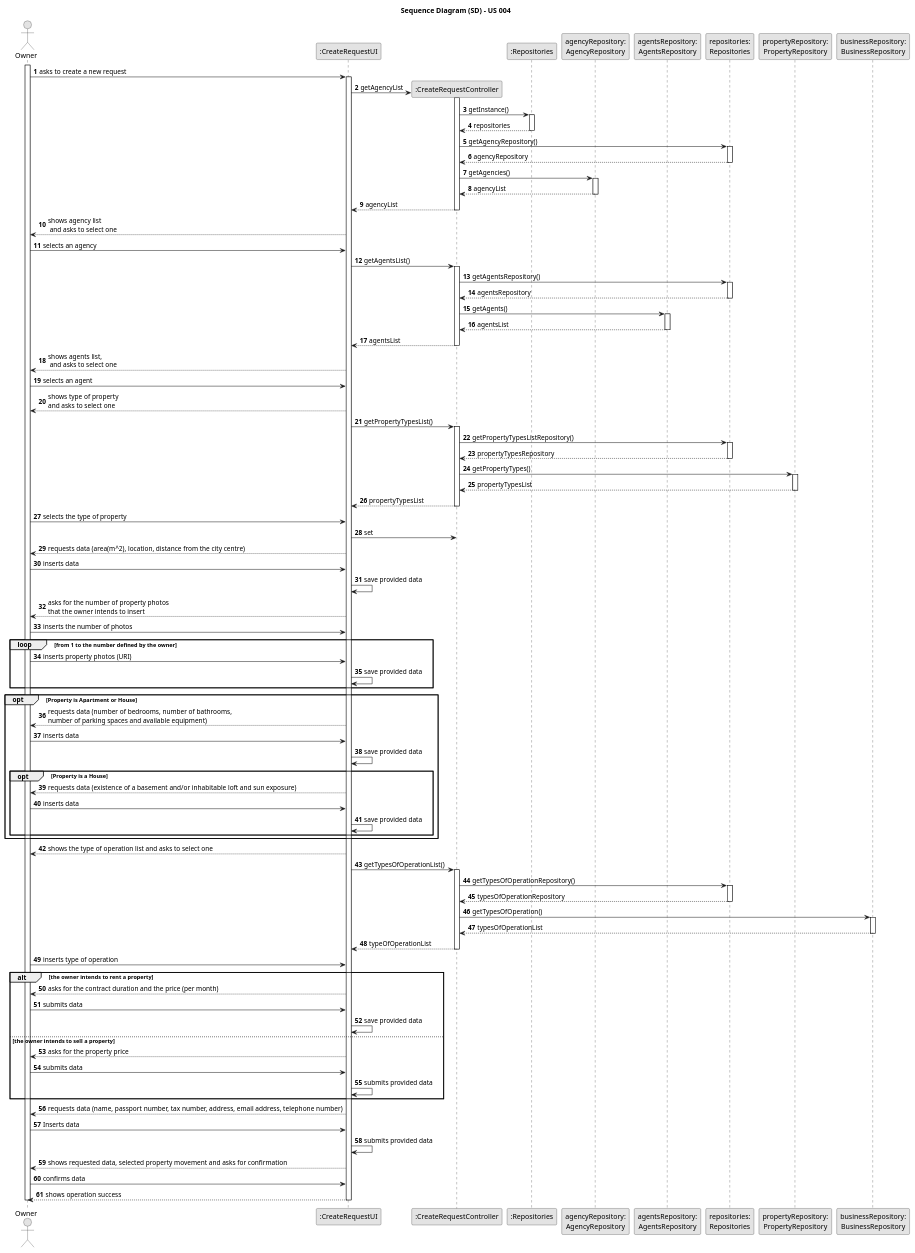
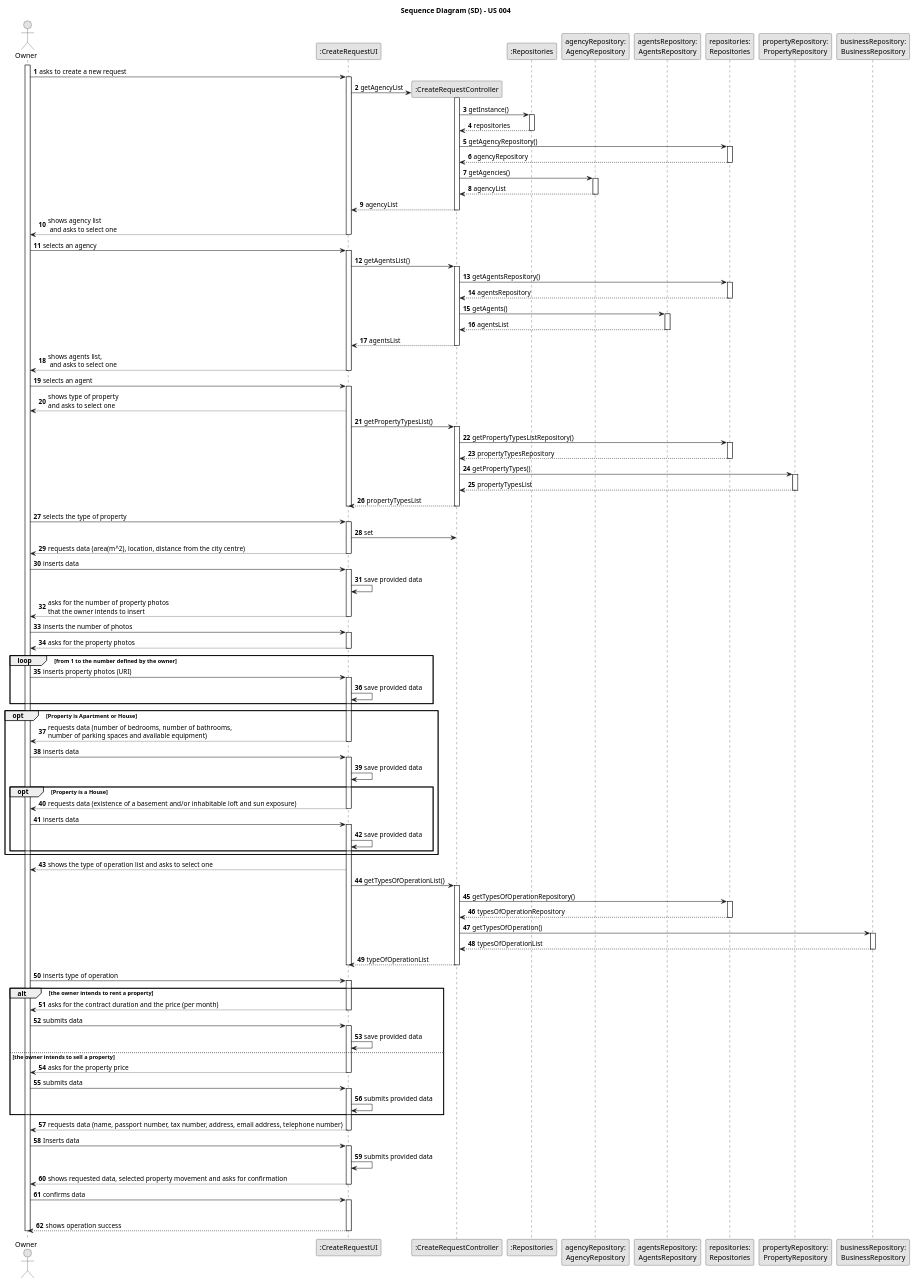
The diagram in docs/sprintB/us004/03.design/puml/us004-sequence-diagram-full.puml (1220812/LAPR2), drawn with PlantUML before and after one commit. The commit also changed 30 other files, not shown here.

Commit message:
Little fixes in the Sequence diagram - US 004

```diff
--- a/docs/sprintB/us004/03.design/puml/us004-sequence-diagram-full.puml
+++ b/docs/sprintB/us004/03.design/puml/us004-sequence-diagram-full.puml
@@ -49,7 +49,11 @@
 
             UI --> Owner : shows agency list\n and asks to select one
 
+            deactivate UI
+
             Owner -> UI : selects an agency
+
+            activate UI
 
             UI -> CTRL : getAgentsList()
             activate CTRL
@@ -68,13 +72,15 @@
             deactivate AgentR
 
             CTRL --> UI : agentsList
-            deactivate
-
             deactivate CTRL
 
             UI --> Owner : shows agents list, \n and asks to select one
 
+            deactivate UI
+
             Owner -> UI : selects an agent
+
+            activate UI
 
             UI --> Owner : shows type of property \nand asks to select one
 
@@ -92,26 +98,43 @@
 
             PR --> CTRL : propertyTypesList
             deactivate PR
+
             CTRL --> UI : propertyTypesList
+            deactivate UI
             deactivate CTRL
 
             Owner -> UI : selects the type of property
+            activate UI
 
             UI -> CTRL : set
 
             UI --> Owner : requests data (area(m^2), location, distance from the city centre)
 
+            deactivate UI
+
             Owner -> UI : inserts data
+
+            activate UI
 
             UI -> UI : save provided data
 
             UI --> Owner : asks for the number of property photos \nthat the owner intends to insert
 
+           deactivate UI
+
             Owner -> UI : inserts the number of photos
+
+            activate UI
+
+            UI --> Owner : asks for the property photos
+
+            deactivate UI
 
             loop from 1 to the number defined by the owner
 
             Owner -> UI : inserts property photos (URI)
+
+            activate UI
 
             UI -> UI : save provided data
 
@@ -121,7 +144,11 @@
 
         UI --> Owner : requests data (number of bedrooms, number of bathrooms, \nnumber of parking spaces and available equipment)
 
+        deactivate UI
+
     Owner -> UI : inserts data
+
+    activate UI
 
     UI -> UI : save provided data
 
@@ -129,7 +156,11 @@
 
          UI --> Owner : requests data (existence of a basement and/or inhabitable loft and sun exposure)
 
+    deactivate UI
+
     Owner -> UI : inserts data
+
+    activate UI
 
     UI -> UI : save provided data
 
@@ -138,6 +169,7 @@
     end
 
     UI --> Owner : shows the type of operation list and asks to select one
+
     UI -> CTRL : getTypesOfOperationList()
     activate CTRL
 
@@ -156,34 +188,54 @@
     CTRL --> UI : typeOfOperationList
     deactivate CTRL
 
+    deactivate UI
+
     Owner -> UI : inserts type of operation
 
     alt the owner intends to rent a property
 
+    activate UI
+
     UI --> Owner : asks for the contract duration and the price (per month)
 
+    deactivate UI
+
     Owner -> UI : submits data
+
+    activate UI
 
     UI -> UI : save provided data
 
     else the owner intends to sell a property
     UI --> Owner : asks for the property price
 
+    deactivate UI
+
     Owner -> UI : submits data
+
+    activate UI
 
     UI -> UI : submits provided data
 
     end
           UI --> Owner : requests data (name, passport number, tax number, address, email address, telephone number)
 
+   deactivate UI
+
     Owner -> UI : Inserts data
+
+    activate UI
 
     UI -> UI : submits provided data
 
            UI --> Owner : shows requested data, selected property movement and asks for confirmation
+           deactivate UI
 
             Owner -> UI : confirms data
+
+            activate UI
             deactivate CTRL
+
             UI --> Owner: shows operation success
     deactivate UI
 
```
